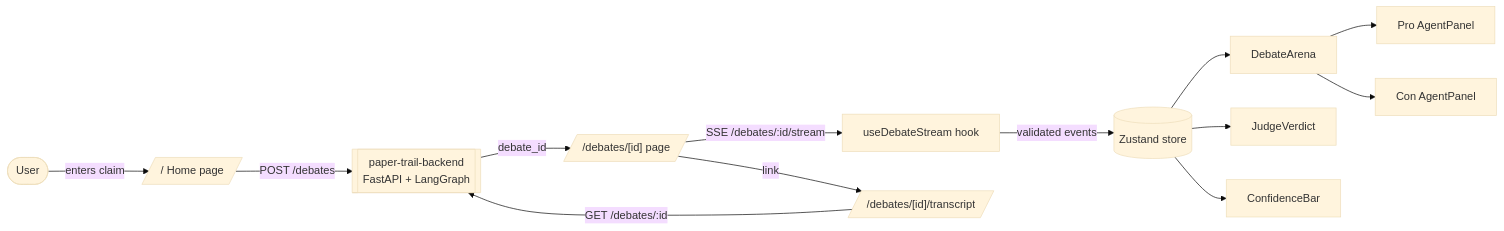
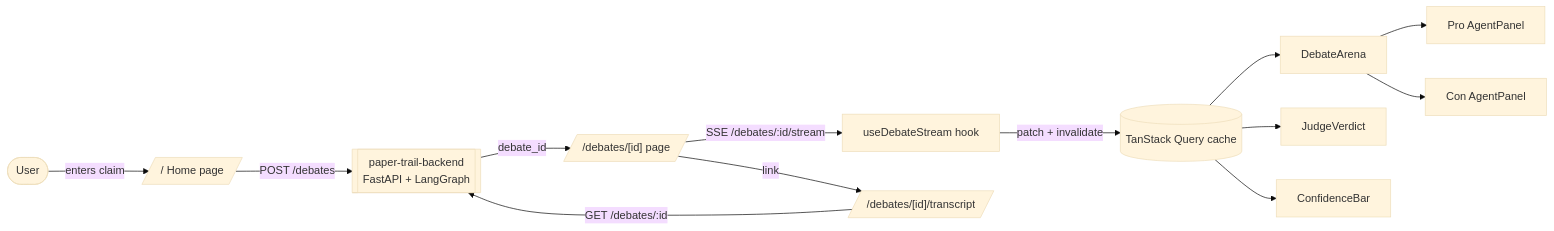
One commit to Abdul-Muizz1310/paper-trail-frontend changed the first of 3 diagrams in docs/ARCHITECTURE.md. Above: the diagram before and after it, drawn with Mermaid (base theme). The commit also changed other lines of this file and 3 other files, not shown here.

First line of the commit message:
docs: describe the real TanStack Query state; drop unused zustand

````diff
--- a/docs/ARCHITECTURE.md
+++ b/docs/ARCHITECTURE.md
@@ -5,15 +5,15 @@
 ```mermaid
 flowchart LR
     User([User]) -->|enters claim| Home[/"/" Home page/]
     Home -->|POST /debates| API[[paper-trail-backend<br/>FastAPI + LangGraph]]
     API -->|debate_id| DebatePage[/"/debates/[id]" page/]
     DebatePage -->|SSE /debates/:id/stream| Hook[useDebateStream hook]
-    Hook -->|validated events| Store[(Zustand store)]
-    Store --> Arena[DebateArena]
+    Hook -->|patch + invalidate| Query[(TanStack Query cache)]
+    Query --> Arena[DebateArena]
     Arena --> ProPanel[Pro AgentPanel]
     Arena --> ConPanel[Con AgentPanel]
-    Store --> Verdict[JudgeVerdict]
-    Store --> Confidence[ConfidenceBar]
+    Query --> Verdict[JudgeVerdict]
+    Query --> Confidence[ConfidenceBar]
     DebatePage -->|link| Transcript[/"/debates/[id]/transcript"/]
     Transcript -->|GET /debates/:id| API
 ```
````
